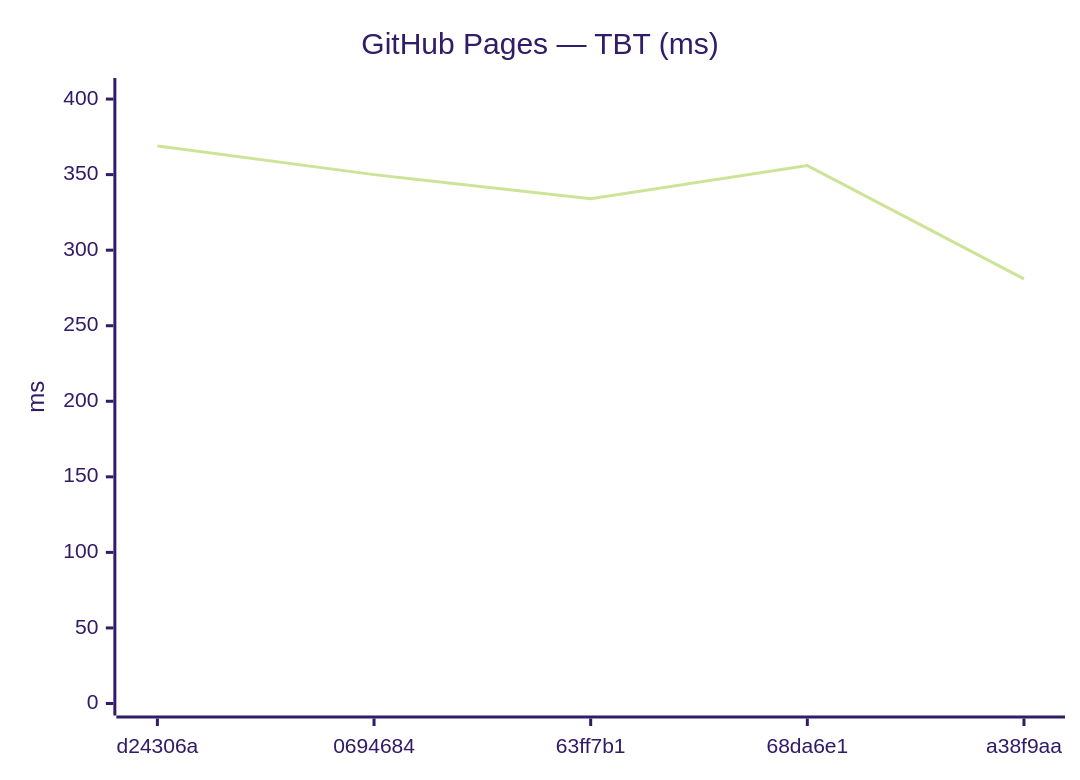
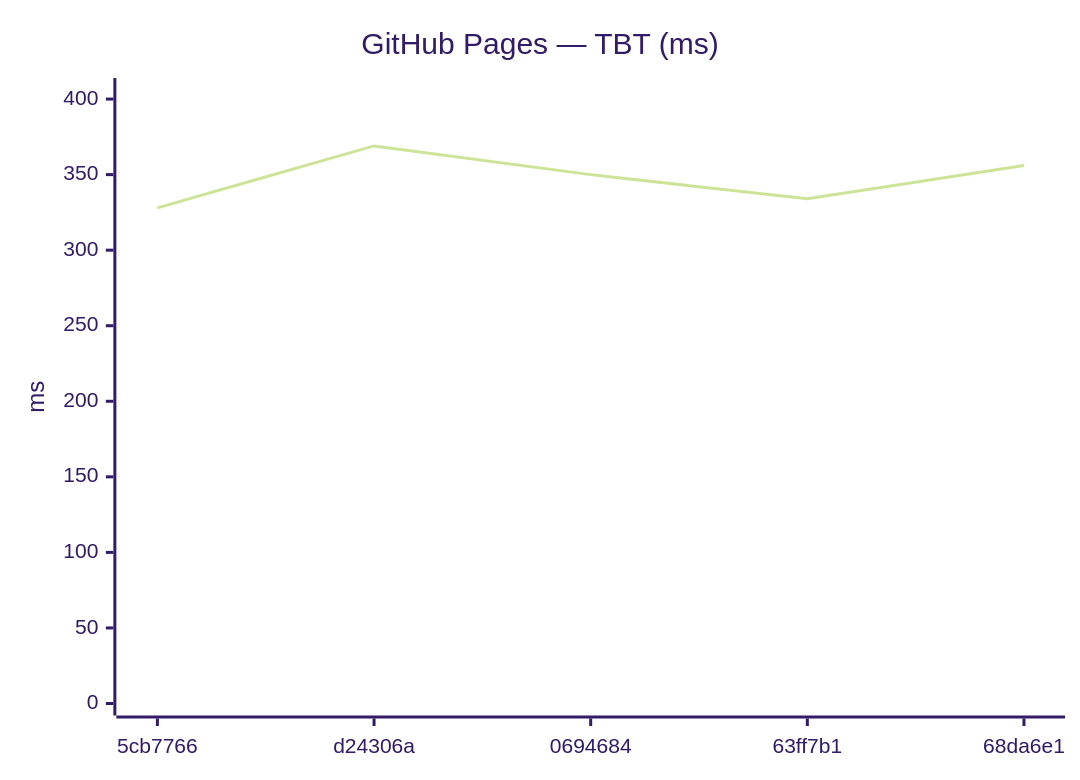
One commit to Metaheurist/Rianell changed the tenth of 18 diagrams in benchmarks/compare.md. Above: the diagram before and after it, drawn with Mermaid (forest theme). The commit also changed other lines of this file and 11 other files, not shown here.

````diff
--- a/benchmarks/compare.md
+++ b/benchmarks/compare.md
@@ -149,7 +149,7 @@
 ```mermaid
 xychart-beta
     title "GitHub Pages — TBT (ms)"
-    x-axis ["d24306a", "0694684", "63ff7b1", "68da6e1", "a38f9aa"]
+    x-axis ["5cb7766", "d24306a", "0694684", "63ff7b1", "68da6e1"]
     y-axis "ms" 0 --> 406
-    line [369, 350, 334, 356, 281]
+    line [328, 369, 350, 334, 356]
 ```
````
